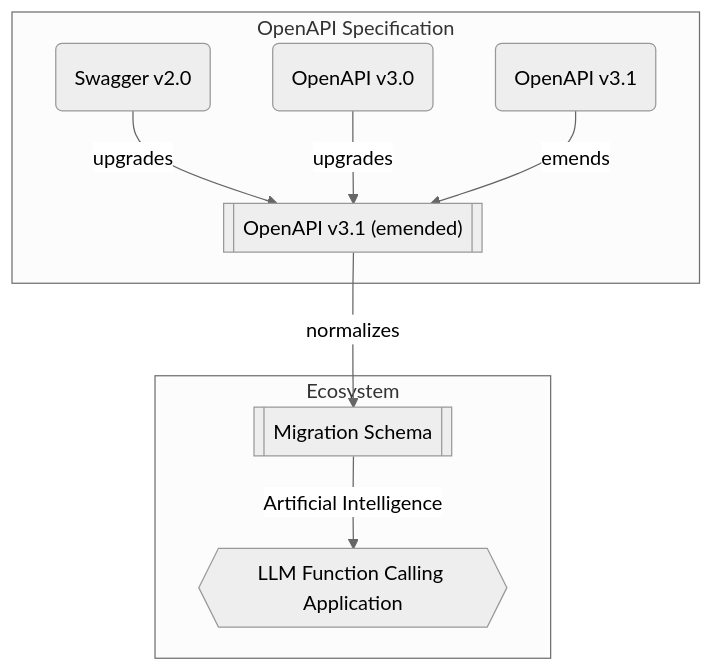
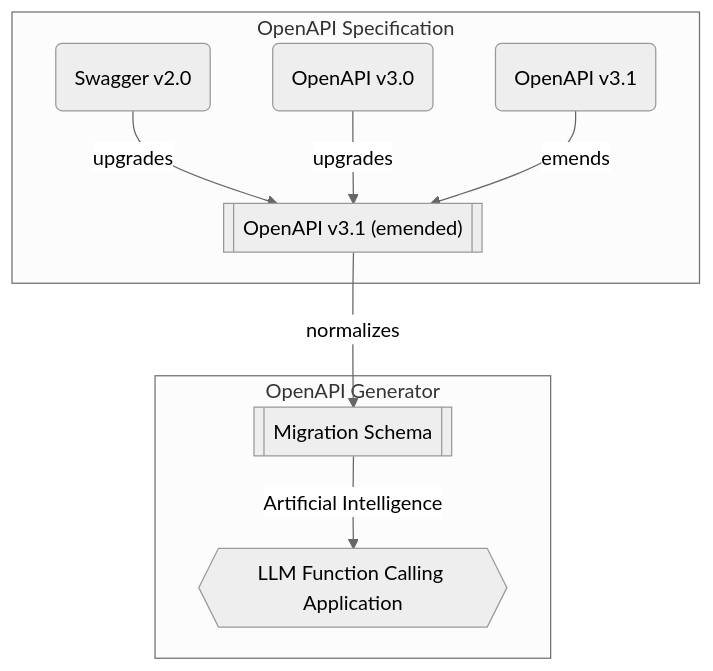
One commit to samchon/openapi changed the first of 3 diagrams in README.md. Above: the diagram before and after it, drawn with Mermaid (neutral theme). The commit also changed other lines of this file, not shown here.

Commit message:
Use the word "OpenAPI Generator"

````diff
--- a/README.md
+++ b/README.md
@@ -2,12 +2,12 @@
 ```mermaid
 flowchart
   subgraph "OpenAPI Specification"
     v20("Swagger v2.0") --upgrades--> emended[["OpenAPI v3.1 (emended)"]]
     v30("OpenAPI v3.0") --upgrades--> emended
     v31("OpenAPI v3.1") --emends--> emended
   end
-  subgraph "Ecosystem"
+  subgraph "OpenAPI Generator"
     emended --normalizes--> migration[["Migration Schema"]]
     migration --"Artificial Intelligence"--> lfc{{"LLM Function Calling Application"}}
   end
 ```
````
